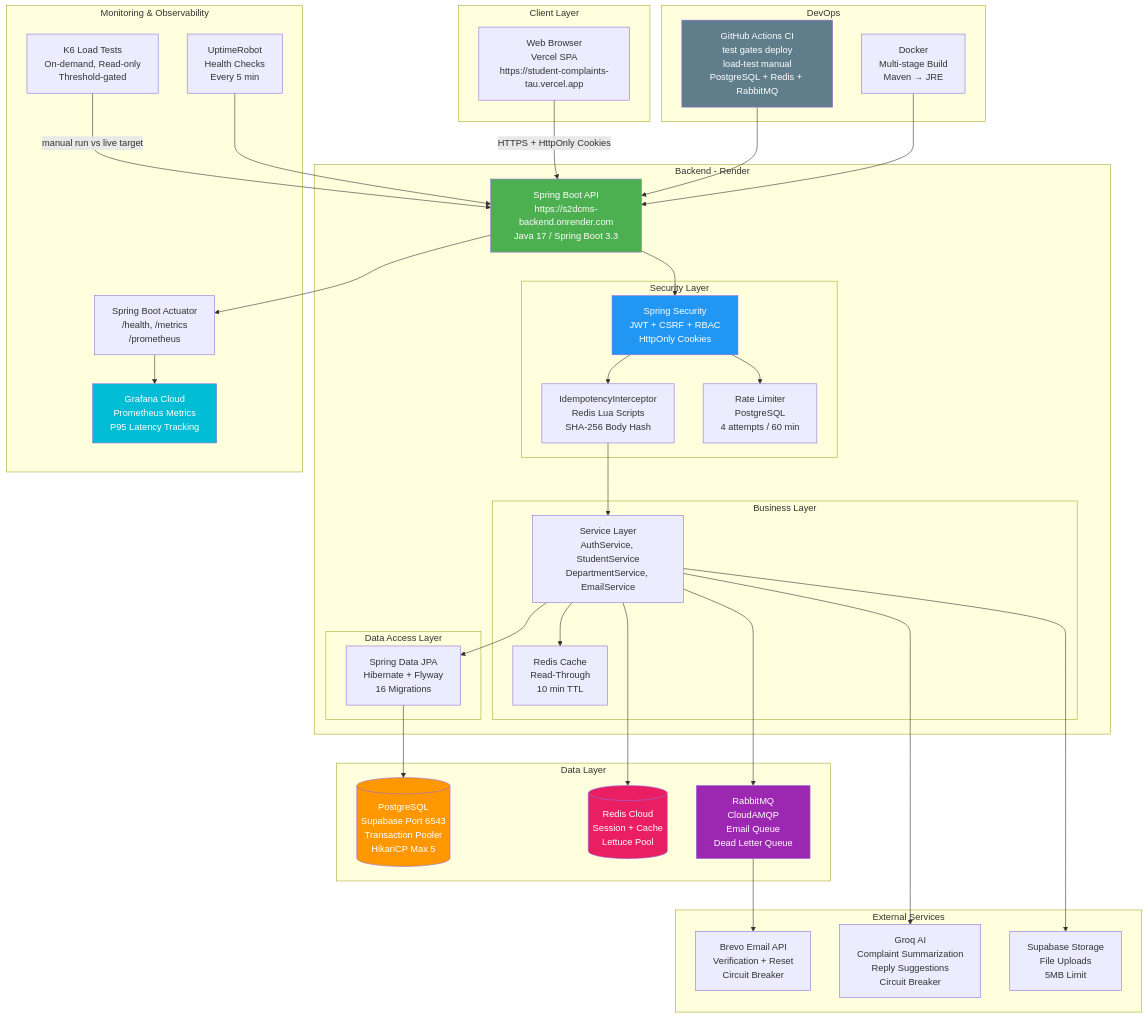
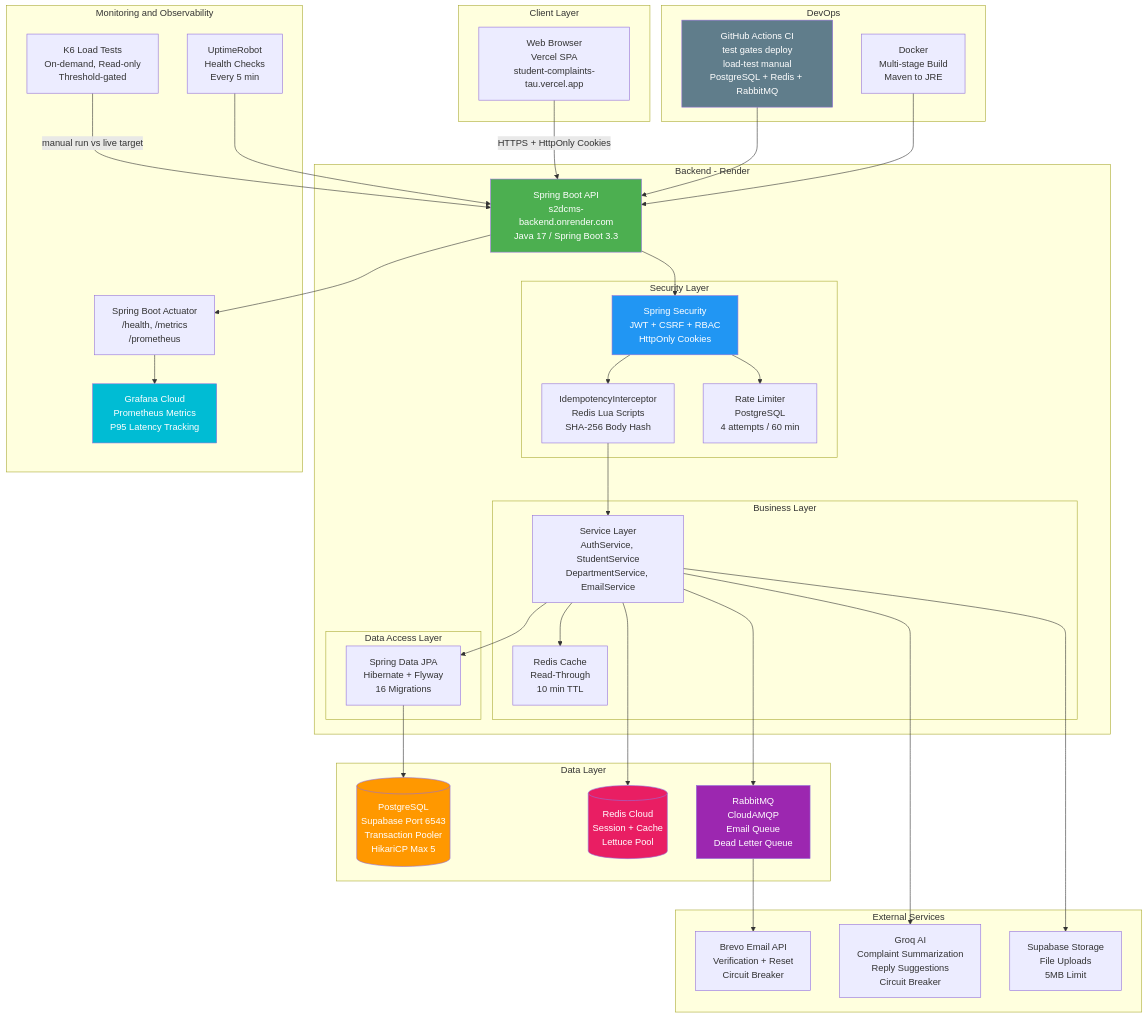
The first of 2 diagrams in README.md (emmanuel-40/s2dcms-backend), drawn with Mermaid before and after one commit. The commit also changed other lines of this file, not shown here.

Commit message:
docs: fix Mermaid diagram syntax in README

````diff
--- a/README.md
+++ b/README.md
@@ -32,77 +32,77 @@
 ```mermaid
-graph TB
-    subgraph "Client Layer"
-        Client[Web Browser<br/>Vercel SPA<br/>https://student-complaints-tau.vercel.app]
+flowchart TB
+    subgraph Client_Layer["Client Layer"]
+        Client["Web Browser<br>Vercel SPA<br>student-complaints-tau.vercel.app"]
     end
-    
-    subgraph "Backend - Render"
-        API[Spring Boot API<br/>https://s2dcms-backend.onrender.com<br/>Java 17 / Spring Boot 3.3]
-        
-        subgraph "Security Layer"
-            Security[Spring Security<br/>JWT + CSRF + RBAC<br/>HttpOnly Cookies]
-            Idempotency[IdempotencyInterceptor<br/>Redis Lua Scripts<br/>SHA-256 Body Hash]
-            RateLimit[Rate Limiter<br/>PostgreSQL<br/>4 attempts / 60 min]
+
+    subgraph Backend["Backend - Render"]
+        API["Spring Boot API<br>s2dcms-backend.onrender.com<br>Java 17 / Spring Boot 3.3"]
+
+        subgraph Security_Layer["Security Layer"]
+            Security["Spring Security<br>JWT + CSRF + RBAC<br>HttpOnly Cookies"]
+            Idempotency["IdempotencyInterceptor<br>Redis Lua Scripts<br>SHA-256 Body Hash"]
+            RateLimit["Rate Limiter<br>PostgreSQL<br>4 attempts / 60 min"]
         end
-        
-        subgraph "Business Layer"
-            Services[Service Layer<br/>AuthService, StudentService<br/>DepartmentService, EmailService]
-            Cache[Redis Cache<br/>Read-Through<br/>10 min TTL]
+
+        subgraph Business_Layer["Business Layer"]
+            Services["Service Layer<br>AuthService, StudentService<br>DepartmentService, EmailService"]
+            Cache["Redis Cache<br>Read-Through<br>10 min TTL"]
         end
-        
-        subgraph "Data Access Layer"
-            JPA[Spring Data JPA<br/>Hibernate + Flyway<br/>16 Migrations]
+
+        subgraph Data_Access_Layer["Data Access Layer"]
+            JPA["Spring Data JPA<br>Hibernate + Flyway<br>16 Migrations"]
         end
     end
-    
-    subgraph "Data Layer"
-        DB[(PostgreSQL<br/>Supabase Port 6543<br/>Transaction Pooler<br/>HikariCP Max 5)]
-        Redis[(Redis Cloud<br/>Session + Cache<br/>Lettuce Pool)]
-        Queue[RabbitMQ<br/>CloudAMQP<br/>Email Queue<br/>Dead Letter Queue]
+
+    subgraph Data_Layer["Data Layer"]
+        DB[("PostgreSQL<br>Supabase Port 6543<br>Transaction Pooler<br>HikariCP Max 5")]
+        Redis[("Redis Cloud<br>Session + Cache<br>Lettuce Pool")]
+        Queue["RabbitMQ<br>CloudAMQP<br>Email Queue<br>Dead Letter Queue"]
     end
-    
-    subgraph "External Services"
-        Email[Brevo Email API<br/>Verification + Reset<br/>Circuit Breaker]
-        AI[Groq AI<br/>Complaint Summarization<br/>Reply Suggestions<br/>Circuit Breaker]
-        Storage[Supabase Storage<br/>File Uploads<br/>5MB Limit]
+
+    subgraph External_Services["External Services"]
+        Email["Brevo Email API<br>Verification + Reset<br>Circuit Breaker"]
+        AI["Groq AI<br>Complaint Summarization<br>Reply Suggestions<br>Circuit Breaker"]
+        Storage["Supabase Storage<br>File Uploads<br>5MB Limit"]
     end
-    
-    subgraph "Monitoring & Observability"
-        Grafana[Grafana Cloud<br/>Prometheus Metrics<br/>P95 Latency Tracking]
-        Actuator[Spring Boot Actuator<br/>/health, /metrics<br/>/prometheus]
-        K6[K6 Load Tests<br/>On-demand, Read-only<br/>Threshold-gated]
-        Uptime[UptimeRobot<br/>Health Checks<br/>Every 5 min]
+
+    subgraph Monitoring["Monitoring and Observability"]
+        Grafana["Grafana Cloud<br>Prometheus Metrics<br>P95 Latency Tracking"]
+        Actuator["Spring Boot Actuator<br>/health, /metrics<br>/prometheus"]
+        K6["K6 Load Tests<br>On-demand, Read-only<br>Threshold-gated"]
+        Uptime["UptimeRobot<br>Health Checks<br>Every 5 min"]
     end
-    
-    subgraph "DevOps"
-        CI[GitHub Actions CI<br/>test gates deploy<br/>load-test manual<br/>PostgreSQL + Redis + RabbitMQ]
-        Docker[Docker<br/>Multi-stage Build<br/>Maven → JRE]
+
+    subgraph DevOps["DevOps"]
+        CI["GitHub Actions CI<br>test gates deploy<br>load-test manual<br>PostgreSQL + Redis + RabbitMQ"]
+        Docker["Docker<br>Multi-stage Build<br>Maven to JRE"]
     end
-    
-    Client -->|HTTPS + HttpOnly Cookies| API
+
+    Client -->|"HTTPS + HttpOnly Cookies"| API
     API --> Security
     Security --> Idempotency
     Security --> RateLimit
     Idempotency --> Services
     Services --> Cache
     Services --> JPA
     JPA --> DB
     Services --> Redis
     Services --> Queue
     Queue --> Email
     Services --> AI
     Services --> Storage
     API --> Actuator
     Actuator --> Grafana
-    K6 -->|manual run vs live target| API
+    K6 -->|"manual run vs live target"| API
     Uptime --> API
     CI --> API
     Docker --> API
-    
+
     style API fill:#4CAF50,color:#fff
     style Security fill:#2196F3,color:#fff
     style DB fill:#FF9800,color:#fff
     style Redis fill:#E91E63,color:#fff
     style Queue fill:#9C27B0,color:#fff
     style Grafana fill:#00BCD4,color:#fff
     style CI fill:#607D8B,color:#fff
 ```
````
